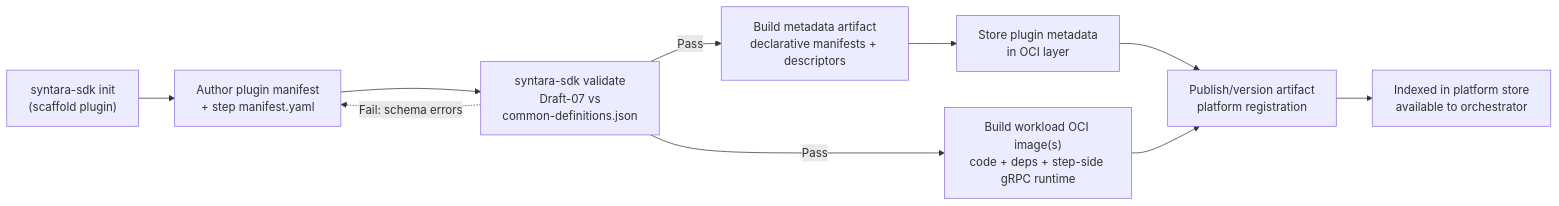
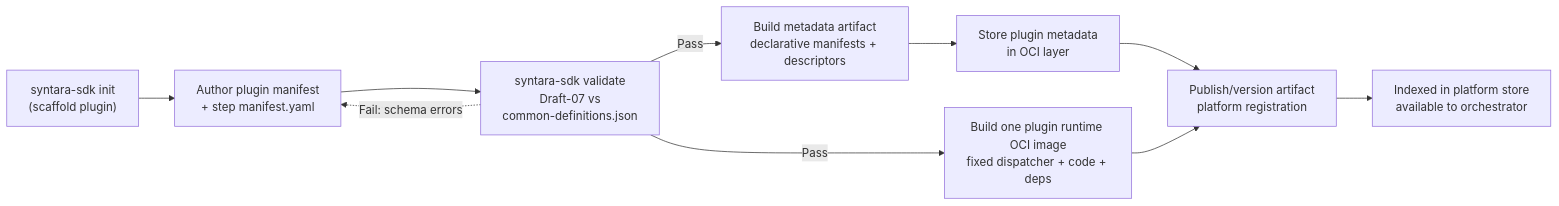
Before and after one commit to syntara-orchestration/syntara-node-sdk: the third of 6 diagrams in docs/architecture.md, drawn with Mermaid. The commit also changed other lines of this file and 26 other files, not shown here.

````diff
--- a/docs/architecture.md
+++ b/docs/architecture.md
@@ -363,20 +357,20 @@
 ```mermaid
 graph LR
     INIT["syntara-sdk init<br/>(scaffold plugin)"]
     AUTHOR["Author plugin manifest<br/>+ step manifest.yaml"]
     VALIDATE["syntara-sdk validate<br/>Draft-07 vs<br/>common-definitions.json"]
     BUILD["Build metadata artifact<br/>declarative manifests + descriptors"]
-    WORKLOAD["Build workload OCI image(s)<br/>code + deps + step-side gRPC runtime"]
+    WORKLOAD["Build one plugin runtime OCI image<br/>fixed dispatcher + code + deps"]
     REFERRAL["Store plugin metadata<br/>in OCI layer"]
     PUBLISH["Publish/version artifact<br/>platform registration"]
     HANDOFF["Indexed in platform store<br/>available to orchestrator"]
 
     INIT --> AUTHOR
     AUTHOR --> VALIDATE
     VALIDATE -->|Pass| BUILD
     VALIDATE -->|Pass| WORKLOAD
     VALIDATE -.->|Fail: schema errors| AUTHOR
     BUILD --> REFERRAL --> PUBLISH
     WORKLOAD --> PUBLISH
     PUBLISH --> HANDOFF
 ```
````
